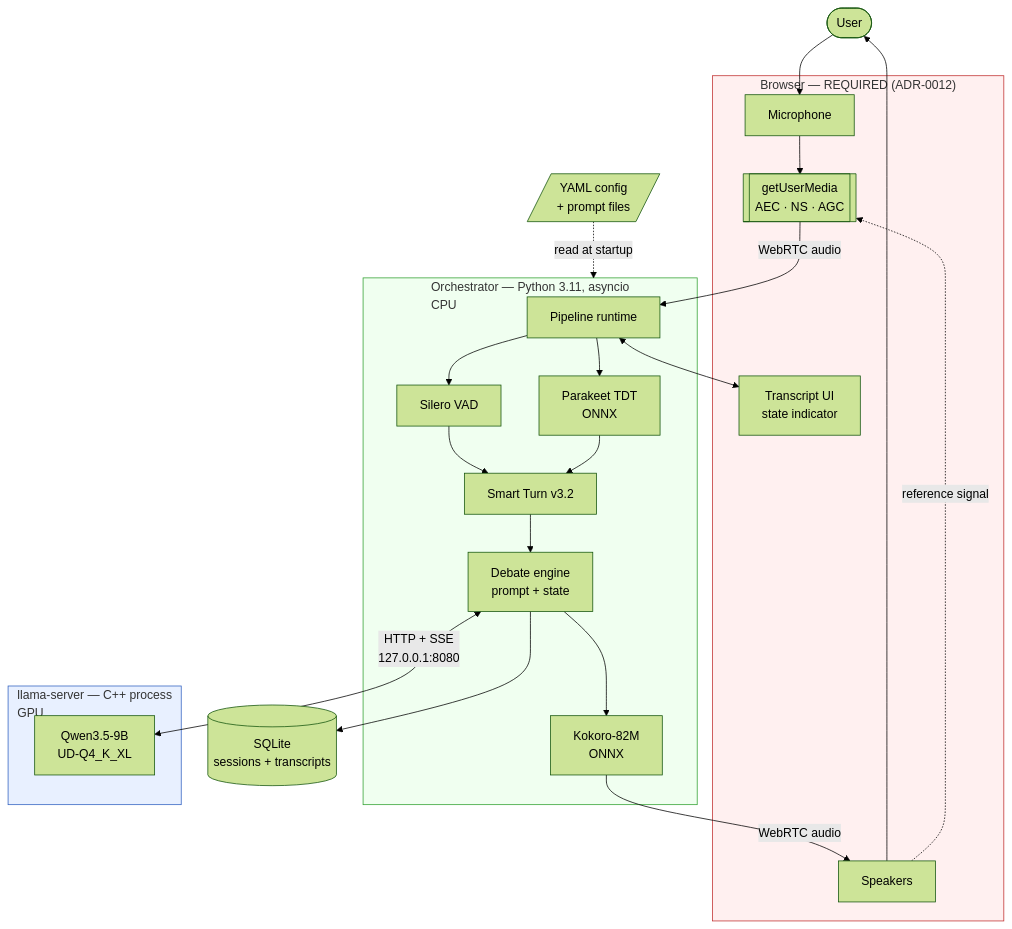
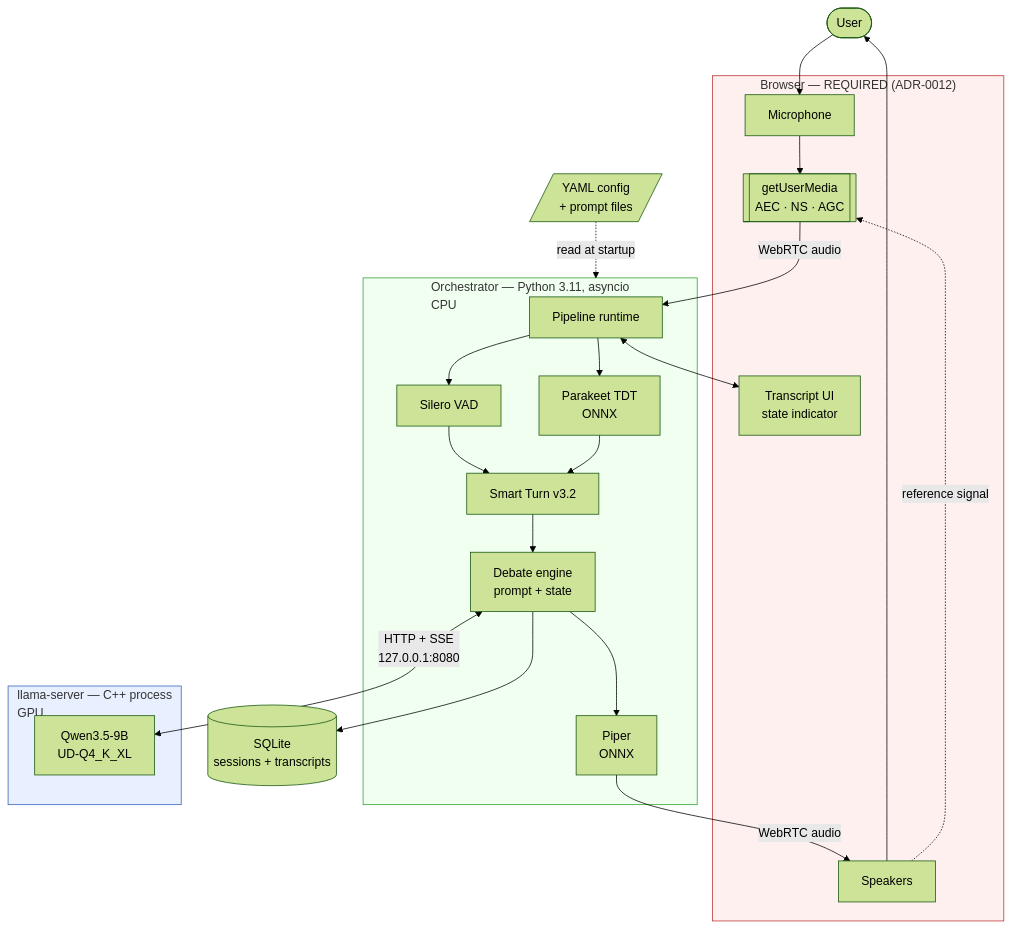
The second of 4 diagrams in docs/02-architecture/01-architecture-overview.md (fahamin5149/contra-debate-agent), drawn with Mermaid (forest theme) before and after one commit. The commit also changed other lines of this file and 28 other files, not shown here.

Commit message:
docs(architecture): select piper after bm03

````diff
--- a/docs/02-architecture/01-architecture-overview.md
+++ b/docs/02-architecture/01-architecture-overview.md
@@ -45,43 +45,43 @@
 ```mermaid
 graph TB
     User([User])
 
     subgraph Client["Browser — REQUIRED (ADR-0012)"]
         Mic[Microphone]
         AEC[["getUserMedia<br/>AEC · NS · AGC"]]
         Spk[Speakers]
         UI[Transcript UI<br/>state indicator]
     end
 
     subgraph Orch["Orchestrator — Python 3.11, asyncio<br/>CPU"]
         Pipeline[Pipeline runtime]
         VAD[Silero VAD]
         Turn[Smart Turn v3.2]
         STT[Parakeet TDT<br/>ONNX]
-        TTS[Kokoro-82M<br/>ONNX]
+        TTS[Piper<br/>ONNX]
         Debate[Debate engine<br/>prompt + state]
     end
 
     subgraph LLMProc["llama-server — C++ process<br/>GPU"]
         Llama[Qwen3.5-9B<br/>UD-Q4_K_XL]
     end
 
     Store[(SQLite<br/>sessions + transcripts)]
     Cfg[/YAML config<br/>+ prompt files/]
 
     User --> Mic --> AEC -->|WebRTC audio| Pipeline
     Pipeline --> VAD & STT
     VAD --> Turn
     STT --> Turn
     Turn --> Debate
     Debate <-->|HTTP + SSE<br/>127.0.0.1:8080| Llama
     Debate --> TTS -->|WebRTC audio| Spk --> User
     Spk -.->|reference signal| AEC
     Pipeline <--> UI
     Debate --> Store
     Cfg -.->|read at startup| Orch
 
     style LLMProc fill:#e8f0ff,stroke:#3060c0
     style Orch fill:#f0fff0,stroke:#30a030
     style Client fill:#fff0f0,stroke:#c03030
 ```
````
